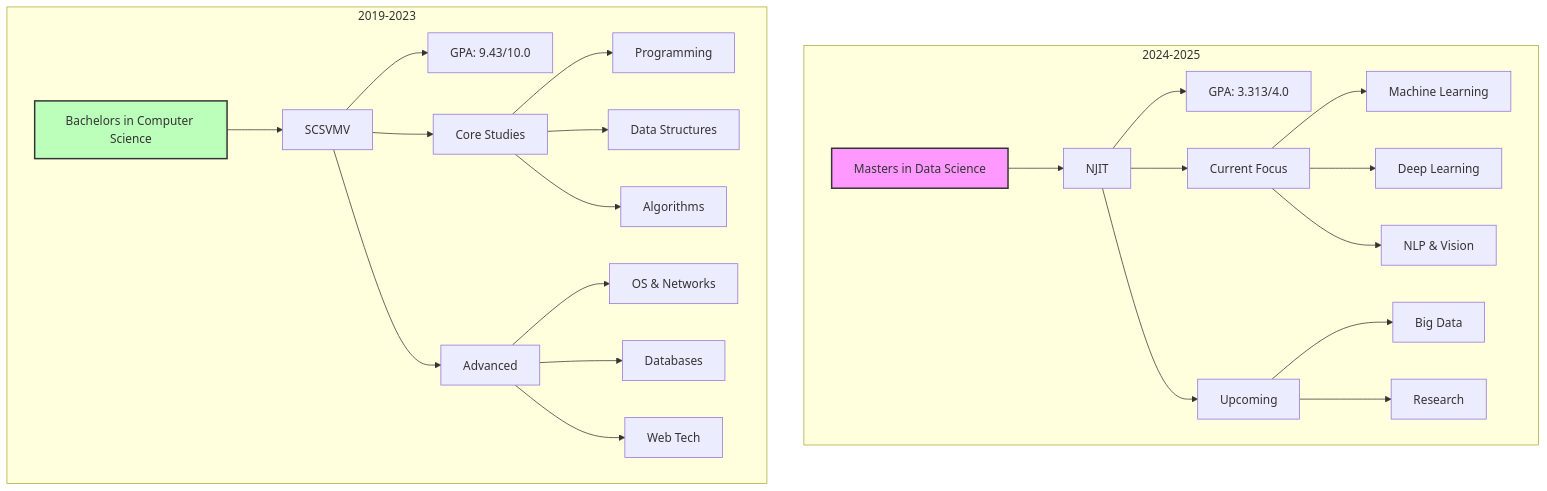
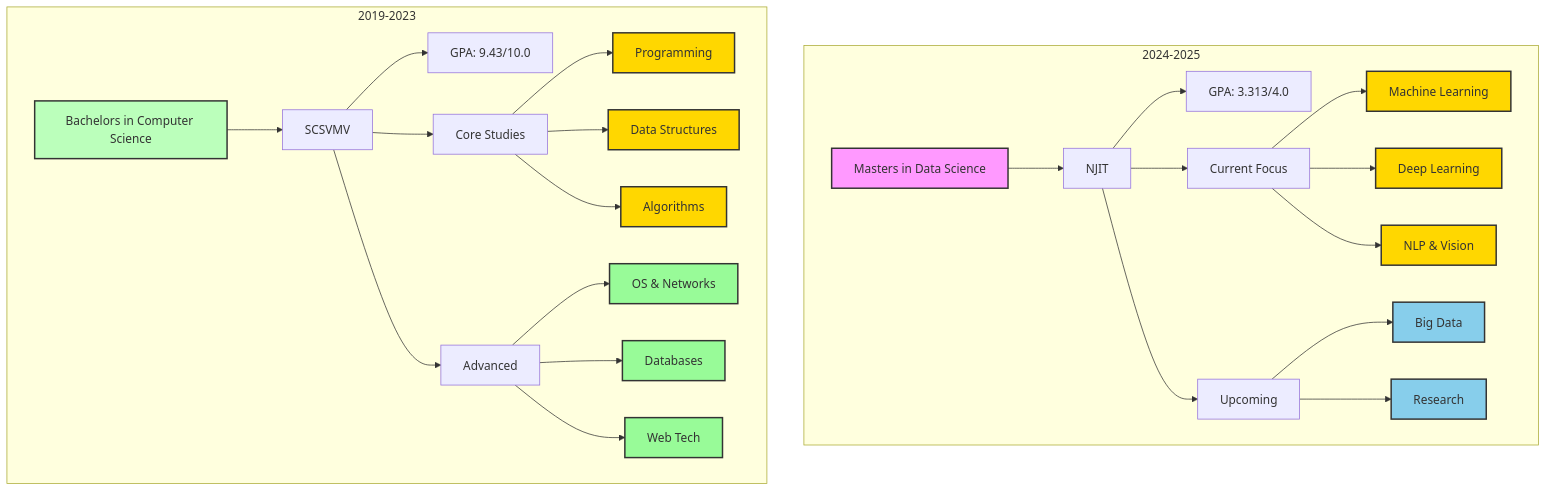
Before and after one commit to saisrinivas194/saisrinivas194: the first of 14 diagrams in README.md, drawn with Mermaid.

````diff
--- a/README.md
+++ b/README.md
@@ -37,33 +37,36 @@
 ```mermaid
 graph TB
     classDef currentNode fill:#f9f,stroke:#333,stroke-width:2px;
     classDef completedNode fill:#bfb,stroke:#333,stroke-width:2px;
     classDef futureNode fill:#bbf,stroke:#333,stroke-width:2px;
+    classDef courseNode fill:#ffd700,stroke:#333,stroke-width:2px;
+    classDef upcomingNode fill:#87ceeb,stroke:#333,stroke-width:2px;
+    classDef advancedNode fill:#98fb98,stroke:#333,stroke-width:2px;
 
     subgraph 2024-2025
     A[Masters in Data Science]:::currentNode
     A --> B[NJIT]
     B --> C[GPA: 3.313/4.0]
     B --> D[Current Focus]
-    D --> E[Machine Learning]
-    D --> F[Deep Learning]
-    D --> G[NLP & Vision]
+    D --> E[Machine Learning]:::courseNode
+    D --> F[Deep Learning]:::courseNode
+    D --> G[NLP & Vision]:::courseNode
     B --> H[Upcoming]
-    H --> I[Big Data]
-    H --> J[Research]
+    H --> I[Big Data]:::upcomingNode
+    H --> J[Research]:::upcomingNode
     end
 
     subgraph 2019-2023
     K[Bachelors in Computer Science]:::completedNode
     K --> L[SCSVMV]
     L --> M[GPA: 9.43/10.0]
     L --> N[Core Studies]
-    N --> O[Programming]
-    N --> P[Data Structures]
-    N --> Q[Algorithms]
+    N --> O[Programming]:::courseNode
+    N --> P[Data Structures]:::courseNode
+    N --> Q[Algorithms]:::courseNode
     L --> R[Advanced]
-    R --> S[OS & Networks]
-    R --> T[Databases]
-    R --> U[Web Tech]
+    R --> S[OS & Networks]:::advancedNode
+    R --> T[Databases]:::advancedNode
+    R --> U[Web Tech]:::advancedNode
     end
 ```
````
